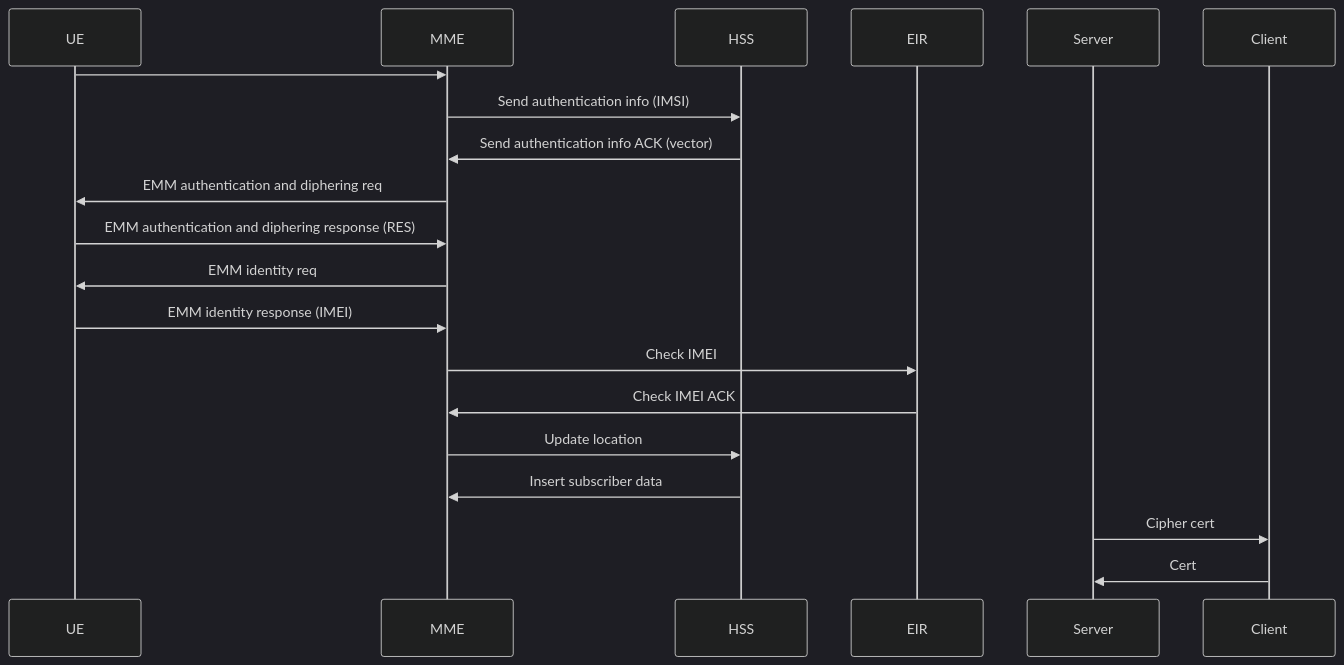
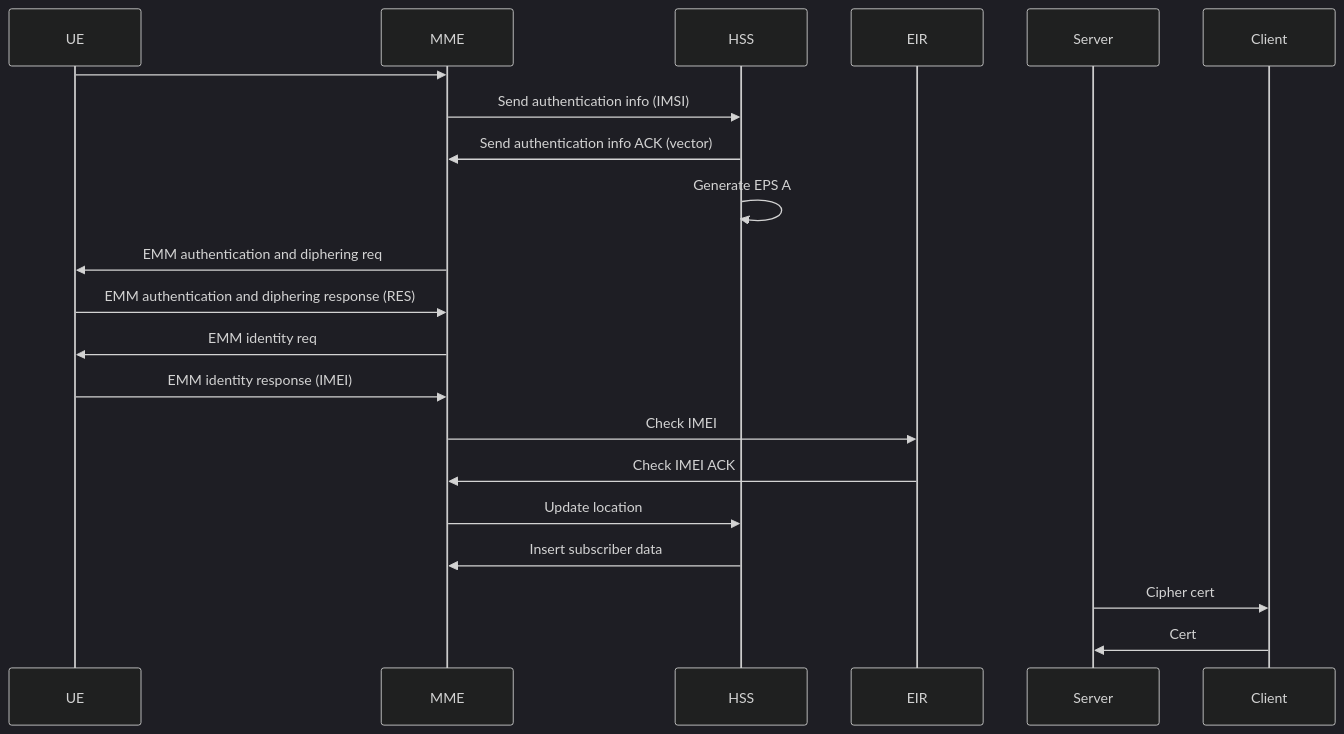
The diagram in ARM.md (ThomasRochette/NoteCours), drawn with Mermaid (dark theme) before and after one commit. The commit also changed other lines of this file, not shown here.

````diff
--- a/ARM.md
+++ b/ARM.md
@@ -80,16 +80,17 @@
 ```mermaid
 sequenceDiagram
 UE ->> MME: 
 MME ->> HSS: Send authentication info (IMSI)
 HSS ->> MME: Send authentication info ACK (vector)
+HSS ->> HSS: Generate EPS A
 MME ->> UE: EMM authentication and diphering req
 UE ->> MME: EMM authentication and diphering response (RES)
 MME ->> UE: EMM identity req
 UE ->> MME: EMM identity response (IMEI)
 MME ->> EIR: Check IMEI
 EIR ->> MME: Check IMEI ACK
 MME ->> HSS: Update location
 HSS ->> MME: Insert subscriber data
 Server ->> Client: Cipher cert
 Client ->> Server: Cert
 ```
````
